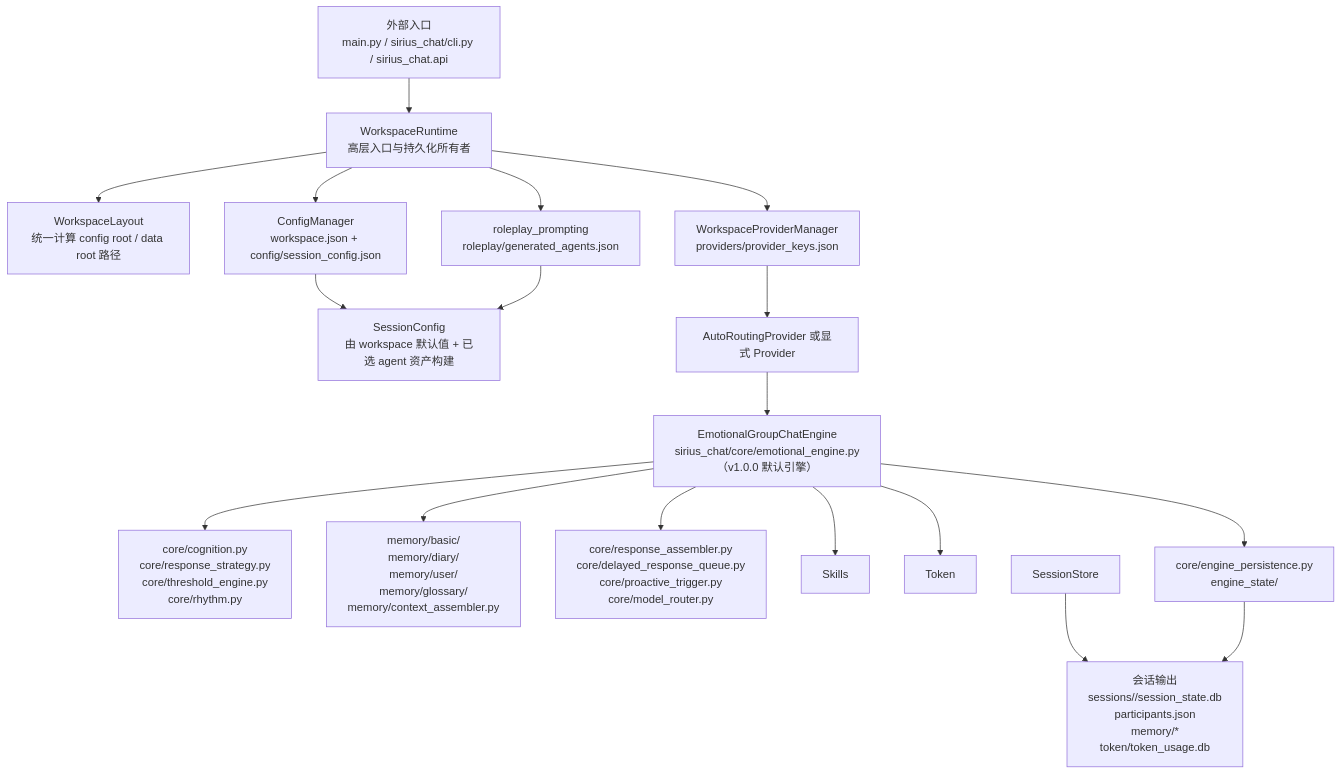
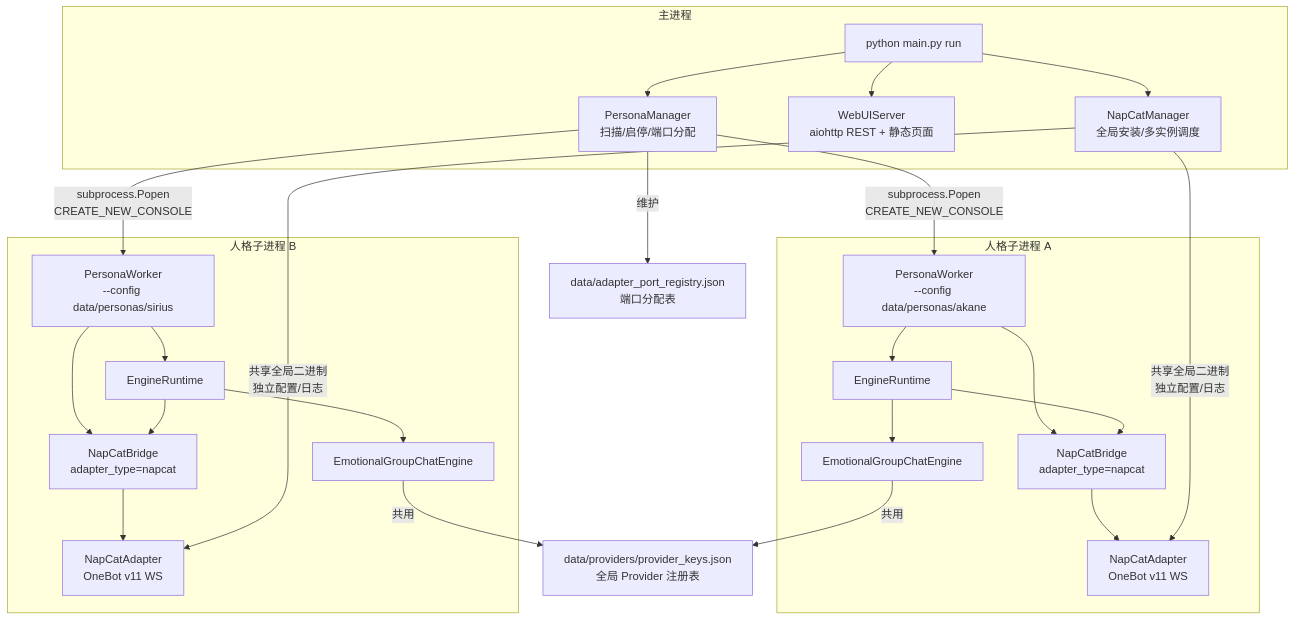
The first of 5 diagrams in docs/full-architecture-flow.md (Sparrived/SiriusChat), drawn with Mermaid before and after one commit. The commit also changed other lines of this file and 4 other files, not shown here.

````diff
--- a/docs/full-architecture-flow.md
+++ b/docs/full-architecture-flow.md
@@ -18,22 +17,44 @@
 ```mermaid
 flowchart TD
-  Entry["外部入口\nmain.py / sirius_chat/cli.py / sirius_chat.api"] --> Runtime["WorkspaceRuntime\n高层入口与持久化所有者"]
-  Runtime --> Layout["WorkspaceLayout\n统一计算 config root / data root 路径"]
-  Runtime --> Config["ConfigManager\nworkspace.json + config/session_config.json"]
-  Runtime --> ProviderMgr["WorkspaceProviderManager\nproviders/provider_keys.json"]
-  Runtime --> Roleplay["roleplay_prompting\nroleplay/generated_agents.json"]
-  Config --> SessionCfg["SessionConfig\n由 workspace 默认值 + 已选 agent 资产构建"]
-  ProviderMgr --> Provider["AutoRoutingProvider 或显式 Provider"]
-  Roleplay --> SessionCfg
+    subgraph MainProcess["主进程"]
+        CLI["python main.py run"]
+        PM["PersonaManager\n扫描/启停/端口分配"]
+        WebUI["WebUIServer\naiohttp REST + 静态页面"]
+        NM["NapCatManager\n全局安装/多实例调度"]
+    end
 
-  Provider --> EmotionalEngine["EmotionalGroupChatEngine\nsirius_chat/core/emotional_engine.py\n（v1.0.0 默认引擎）"]
-  EmotionalEngine --> NewCognitive["core/cognition.py\ncore/response_strategy.py\ncore/threshold_engine.py\ncore/rhythm.py"]
-  EmotionalEngine --> NewMemory["memory/basic/\nmemory/diary/\nmemory/user/\nmemory/glossary/\nmemory/context_assembler.py"]
-  EmotionalEngine --> NewExecution["core/response_assembler.py\ncore/delayed_response_queue.py\ncore/proactive_trigger.py\ncore/model_router.py"]
-  EmotionalEngine --> Skills
-  EmotionalEngine --> Token
-  EmotionalEngine --> EngineState["core/engine_persistence.py\nengine_state/"]
+    CLI --> PM
+    CLI --> WebUI
+    CLI --> NM
 
-  SessionStore --> Outputs["会话输出\nsessions/<session_id>/session_state.db\nparticipants.json\nmemory/*\ntoken/token_usage.db"]
-  EngineState --> Outputs
+    subgraph PersonaA["人格子进程 A"]
+        PWA["PersonaWorker\n--config data/personas/akane"]
+        RTA["EngineRuntime"]
+        EngineA["EmotionalGroupChatEngine"]
+        BridgeA["NapCatBridge\nadapter_type=napcat"]
+        AdapterA["NapCatAdapter\nOneBot v11 WS"]
+        PWA --> RTA --> EngineA
+        PWA --> BridgeA --> AdapterA
+        RTA --> BridgeA
+    end
+
+    subgraph PersonaB["人格子进程 B"]
+        PWB["PersonaWorker\n--config data/personas/sirius"]
+        RTB["EngineRuntime"]
+        EngineB["EmotionalGroupChatEngine"]
+        BridgeB["NapCatBridge\nadapter_type=napcat"]
+        AdapterB["NapCatAdapter\nOneBot v11 WS"]
+        PWB --> RTB --> EngineB
+        PWB --> BridgeB --> AdapterB
+        RTB --> BridgeB
+    end
+
+    PM -->|subprocess.Popen\nCREATE_NEW_CONSOLE| PWA
+    PM -->|subprocess.Popen\nCREATE_NEW_CONSOLE| PWB
+    NM -->|共享全局二进制\n独立配置/日志| AdapterA
+    NM -->|共享全局二进制\n独立配置/日志| AdapterB
+
+    PM -->|维护| Registry["data/adapter_port_registry.json\n端口分配表"]
+    EngineA -->|共用| Providers["data/providers/provider_keys.json\n全局 Provider 注册表"]
+    EngineB -->|共用| Providers
 ```
````
